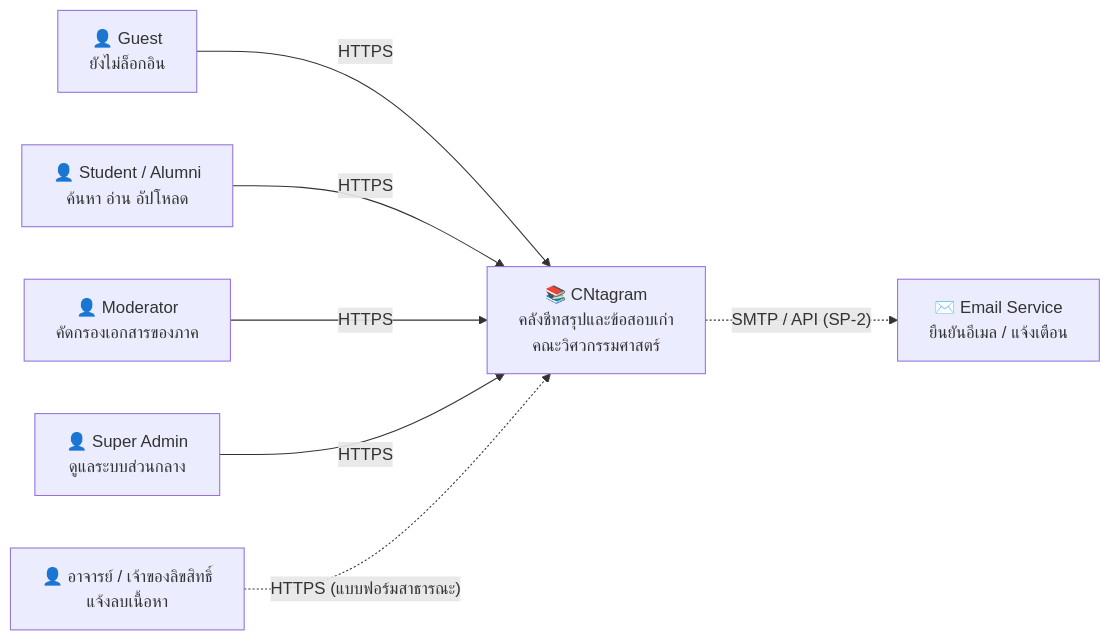
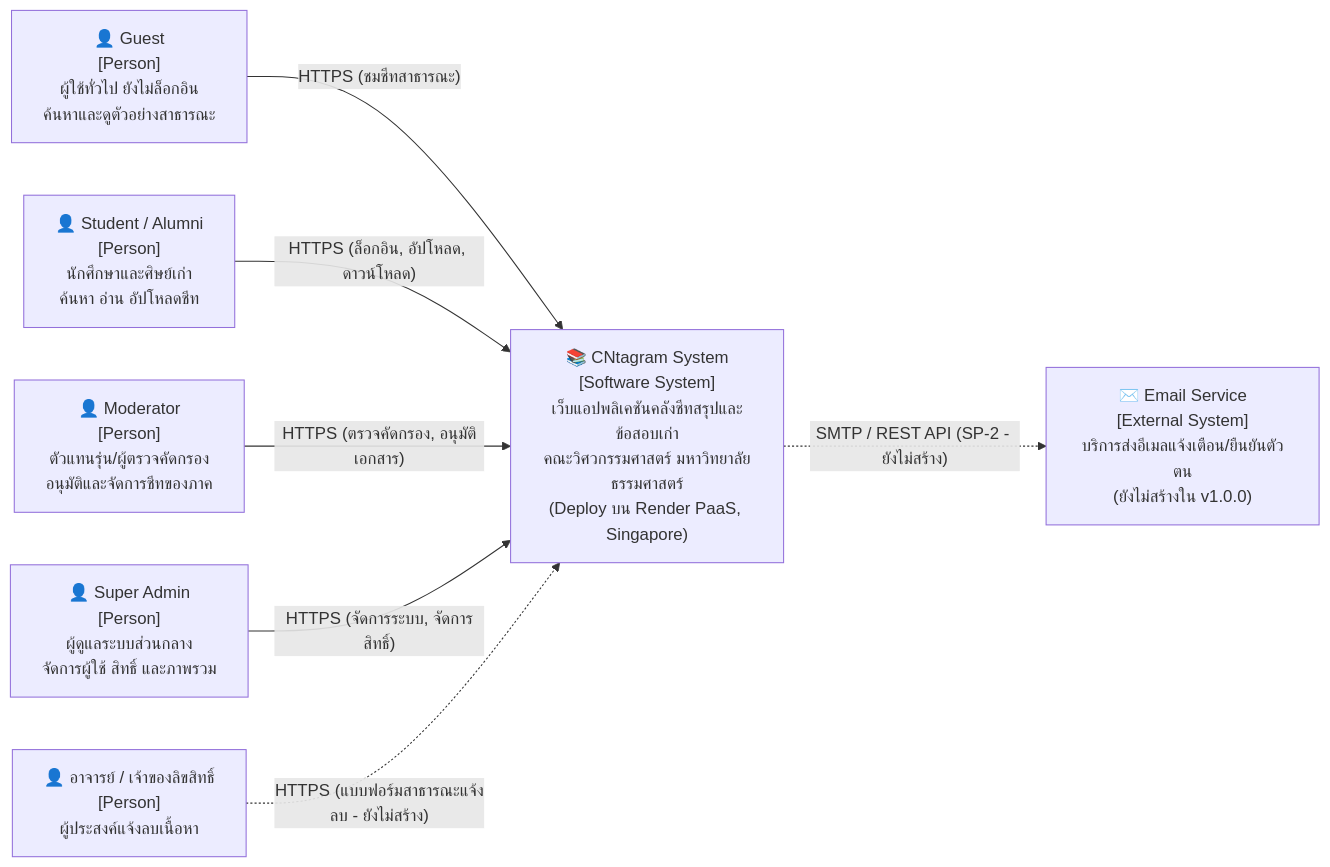
The first of 2 diagrams in _docs/architecture/c4.md (Jupiter4428/cntagram), drawn with Mermaid before and after one commit. The commit also changed other lines of this file, not shown here.

First line of the commit message:
docs(c4): update Level 1 and Level 2 diagrams for production deployment (Closes #140)

````diff
--- a/_docs/architecture/c4.md
+++ b/_docs/architecture/c4.md
@@ -8,17 +12,19 @@
 ```mermaid
 flowchart LR
-    G["👤 Guest<br/>ยังไม่ล็อกอิน"]
-    S["👤 Student / Alumni<br/>ค้นหา อ่าน อัปโหลด"]
-    M["👤 Moderator<br/>คัดกรองเอกสารของภาค"]
-    A["👤 Super Admin<br/>ดูแลระบบส่วนกลาง"]
-    C["👤 อาจารย์ / เจ้าของลิขสิทธิ์<br/>แจ้งลบเนื้อหา"]
-    SYS["📚 CNtagram<br/>คลังชีทสรุปและข้อสอบเก่า<br/>คณะวิศวกรรมศาสตร์"]
-    MAIL["✉️ Email Service<br/>ยืนยันอีเมล / แจ้งเตือน"]
+    G["👤 Guest<br/>[Person]<br/>ผู้ใช้ทั่วไป ยังไม่ล็อกอิน<br/>ค้นหาและดูตัวอย่างสาธารณะ"]
+    S["👤 Student / Alumni<br/>[Person]<br/>นักศึกษาและศิษย์เก่า<br/>ค้นหา อ่าน อัปโหลดชีท"]
+    M["👤 Moderator<br/>[Person]<br/>ตัวแทนรุ่น/ผู้ตรวจคัดกรอง<br/>อนุมัติและจัดการชีทของภาค"]
+    A["👤 Super Admin<br/>[Person]<br/>ผู้ดูแลระบบส่วนกลาง<br/>จัดการผู้ใช้ สิทธิ์ และภาพรวม"]
+    C["👤 อาจารย์ / เจ้าของลิขสิทธิ์<br/>[Person]<br/>ผู้ประสงค์แจ้งลบเนื้อหา"]
 
-    G -- "HTTPS" --> SYS
-    S -- "HTTPS" --> SYS
-    M -- "HTTPS" --> SYS
-    A -- "HTTPS" --> SYS
-    C -. "HTTPS (แบบฟอร์มสาธารณะ)" .-> SYS
-    SYS -. "SMTP / API (SP-2)" .-> MAIL
+    SYS["📚 CNtagram System<br/>[Software System]<br/>เว็บแอปพลิเคชันคลังชีทสรุปและข้อสอบเก่า<br/>คณะวิศวกรรมศาสตร์ มหาวิทยาลัยธรรมศาสตร์<br/>(Deploy บน Render PaaS, Singapore)"]
+
+    MAIL["✉️ Email Service<br/>[External System]<br/>บริการส่งอีเมลแจ้งเตือน/ยืนยันตัวตน<br/>(ยังไม่สร้างใน v1.0.0)"]
+
+    G -- "HTTPS (ชมชีทสาธารณะ)" --> SYS
+    S -- "HTTPS (ล็อกอิน, อัปโหลด, ดาวน์โหลด)" --> SYS
+    M -- "HTTPS (ตรวจคัดกรอง, อนุมัติเอกสาร)" --> SYS
+    A -- "HTTPS (จัดการระบบ, จัดการสิทธิ์)" --> SYS
+    C -. "HTTPS (แบบฟอร์มสาธารณะแจ้งลบ - ยังไม่สร้าง)" .-> SYS
+    SYS -. "SMTP / REST API (SP-2 - ยังไม่สร้าง)" .-> MAIL
 ```
````
